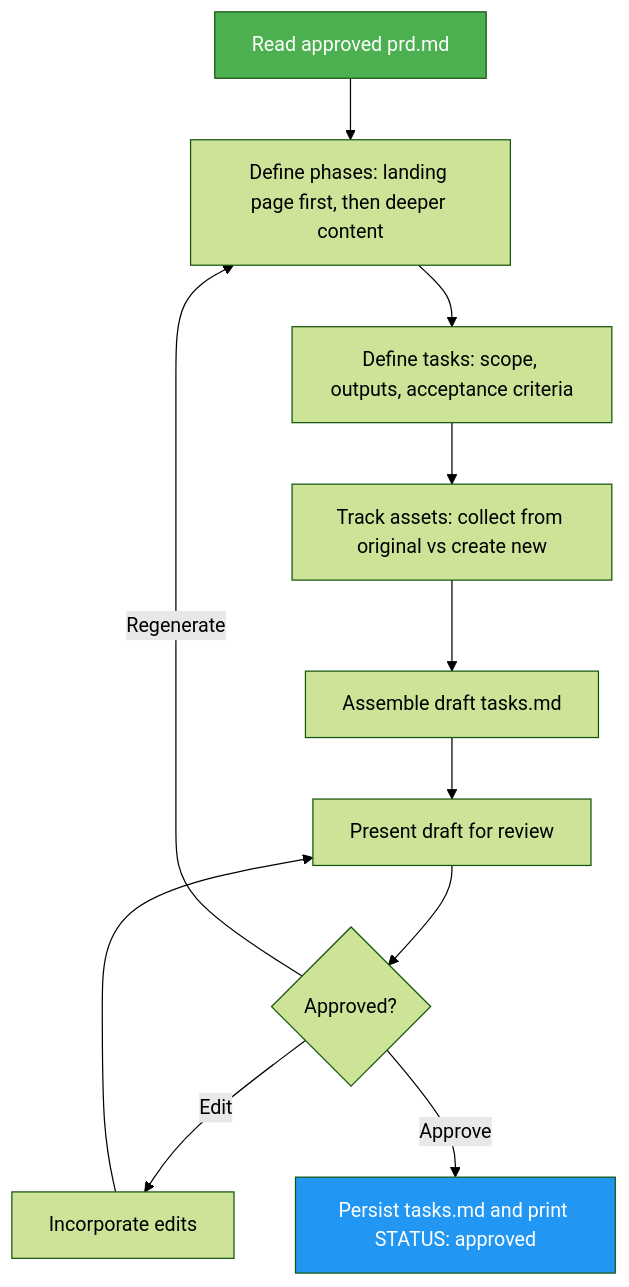
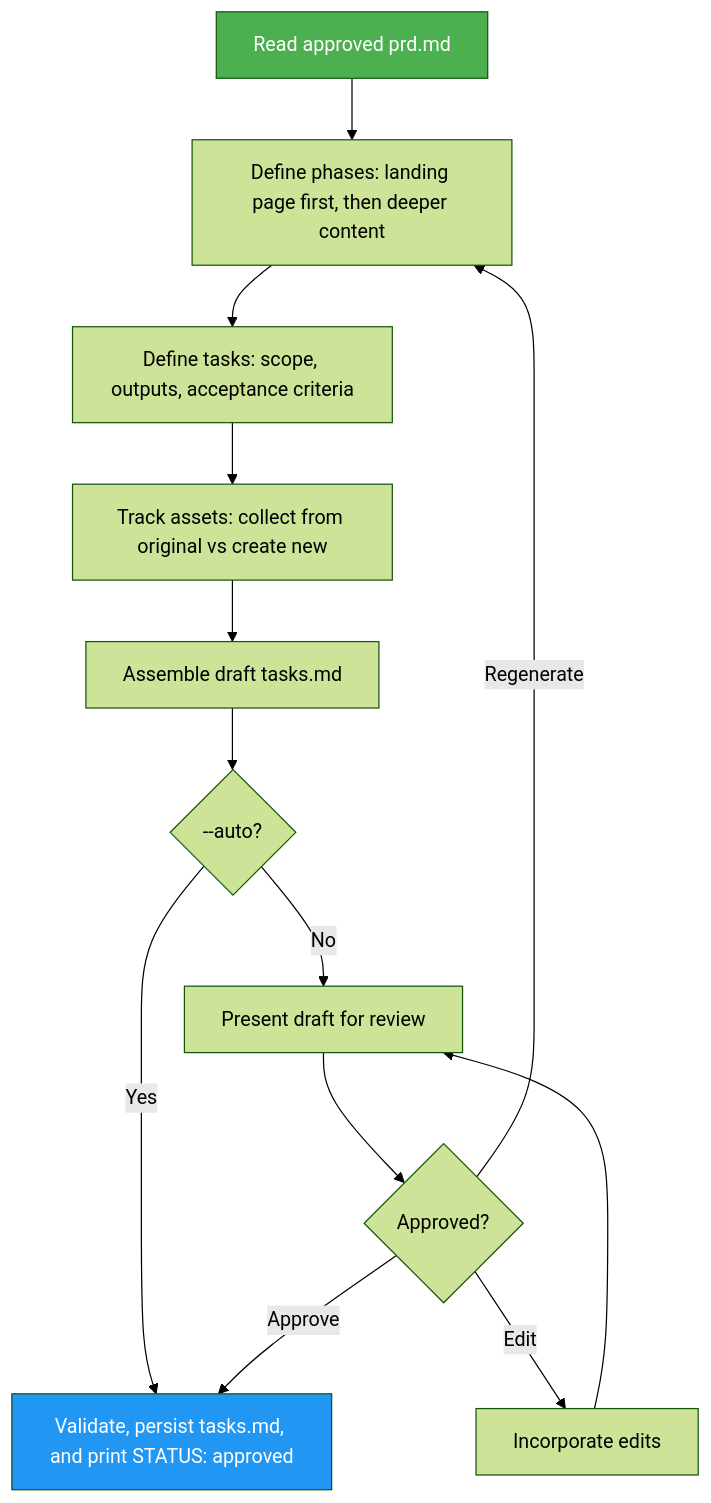
One commit to luongnv89/bettersite changed the diagram in .agents/skills/website-cloner/website-implementation-plan/docs/README.md. Above: the diagram before and after it, drawn with Mermaid (forest theme). The commit also changed other lines of this file and 15 other files, not shown here.

````diff
--- a/.agents/skills/website-cloner/website-implementation-plan/docs/README.md
+++ b/.agents/skills/website-cloner/website-implementation-plan/docs/README.md
@@ -29,15 +29,17 @@
 ```mermaid
 graph TD
     A["Read approved prd.md"] --> B["Define phases: landing page first, then deeper content"]
     B --> C["Define tasks: scope, outputs, acceptance criteria"]
     C --> D["Track assets: collect from original vs create new"]
     D --> E["Assemble draft tasks.md"]
-    E --> F["Present draft for review"]
+    E --> M{"--auto?"}
+    M -->|Yes| I["Validate, persist tasks.md, and print STATUS: approved"]
+    M -->|No| F["Present draft for review"]
     F --> G{"Approved?"}
     G -->|Edit| H["Incorporate edits"]
     H --> F
     G -->|Regenerate| B
-    G -->|Approve| I["Persist tasks.md and print STATUS: approved"]
+    G -->|Approve| I
     style A fill:#4CAF50,color:#fff
     style I fill:#2196F3,color:#fff
 ```
````
